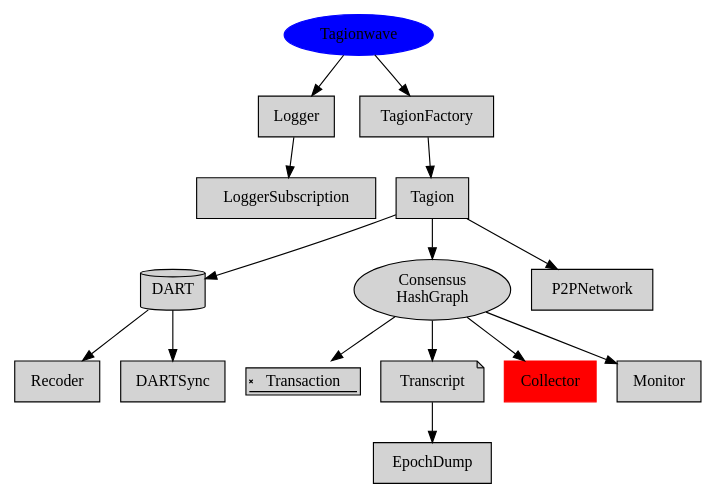
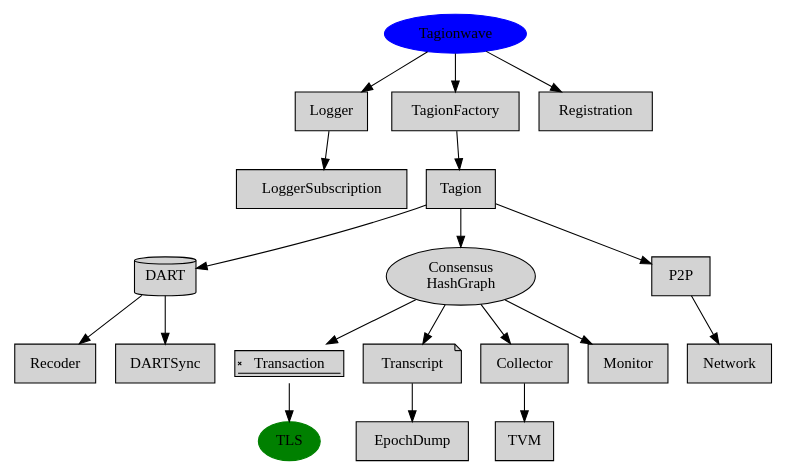
The second of 2 diagrams in documents/architecture/Network_Architecture.md (tagion/tagion), drawn with Graphviz before and after one commit. The commit also changed other lines of this file and 1 other file, not shown here.

Commit message:
DOC: Network Architecture updated

````diff
--- a/documents/architecture/Network_Architecture.md
+++ b/documents/architecture/Network_Architecture.md
@@ -156,26 +77,30 @@
 ```graphviz
 digraph tagion_hierarchy {
     rankdir=UD;
     size="8,5"
    node [style=filled]
 Tagionwave [color=blue]
 DART [shape = cylinder]
 Transaction [shape = signature]
 Transcript [shape = note]
-Collector [color=red shape=rect]
+Collector [shape=rect]
 Consensus [label="Consensus\nHashGraph"]
+TLS [color=green]
 node [shape = rect];
 	Tagionwave -> Logger -> LoggerSubscription;
 	Tagionwave -> TagionFactory;
+	Tagionwave -> Registration;
 	TagionFactory -> Tagion;
-	Tagion -> P2PNetwork ;
+	Tagion -> P2P -> Network;
 	DART -> Recoder;
 	Tagion -> DART -> DARTSync;
     Tagion -> Consensus;
 	Consensus -> Transaction;
 	Consensus -> Transcript;
 	Consensus -> Collector;
 	Transcript -> EpochDump;
 	Consensus -> Monitor;
+	Collector -> TVM;
+	Transaction -> TLS;
 }
 ```
````
